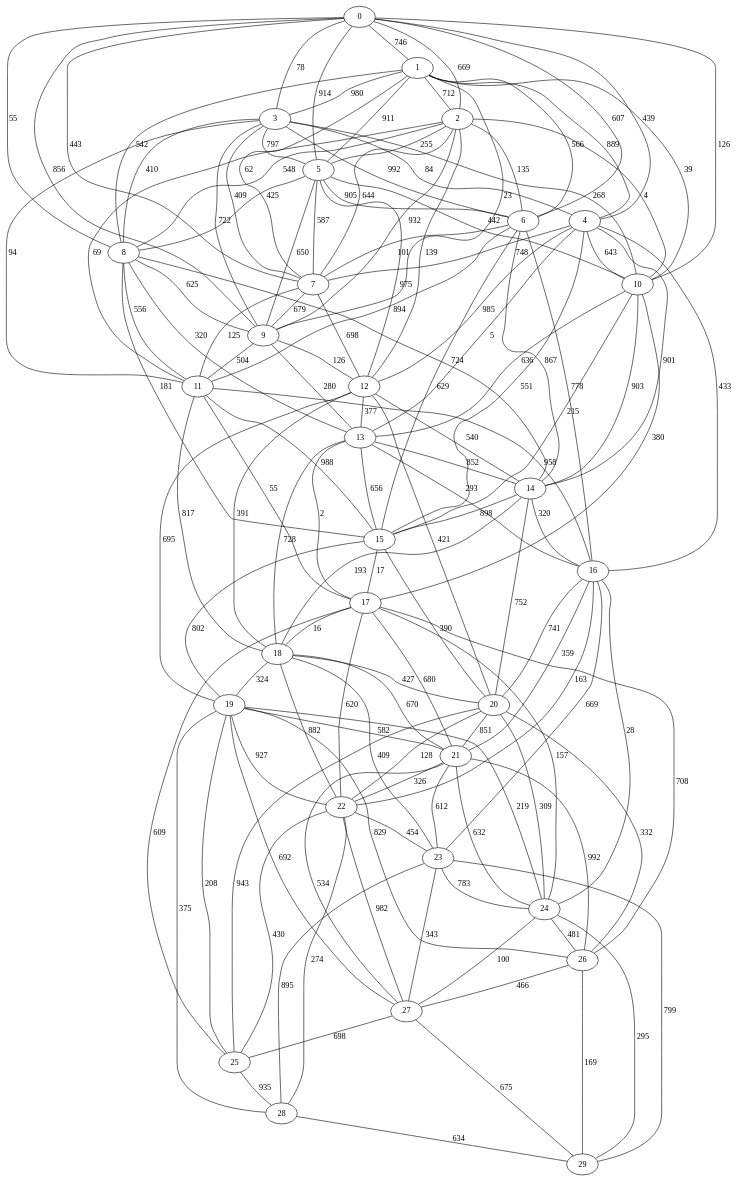
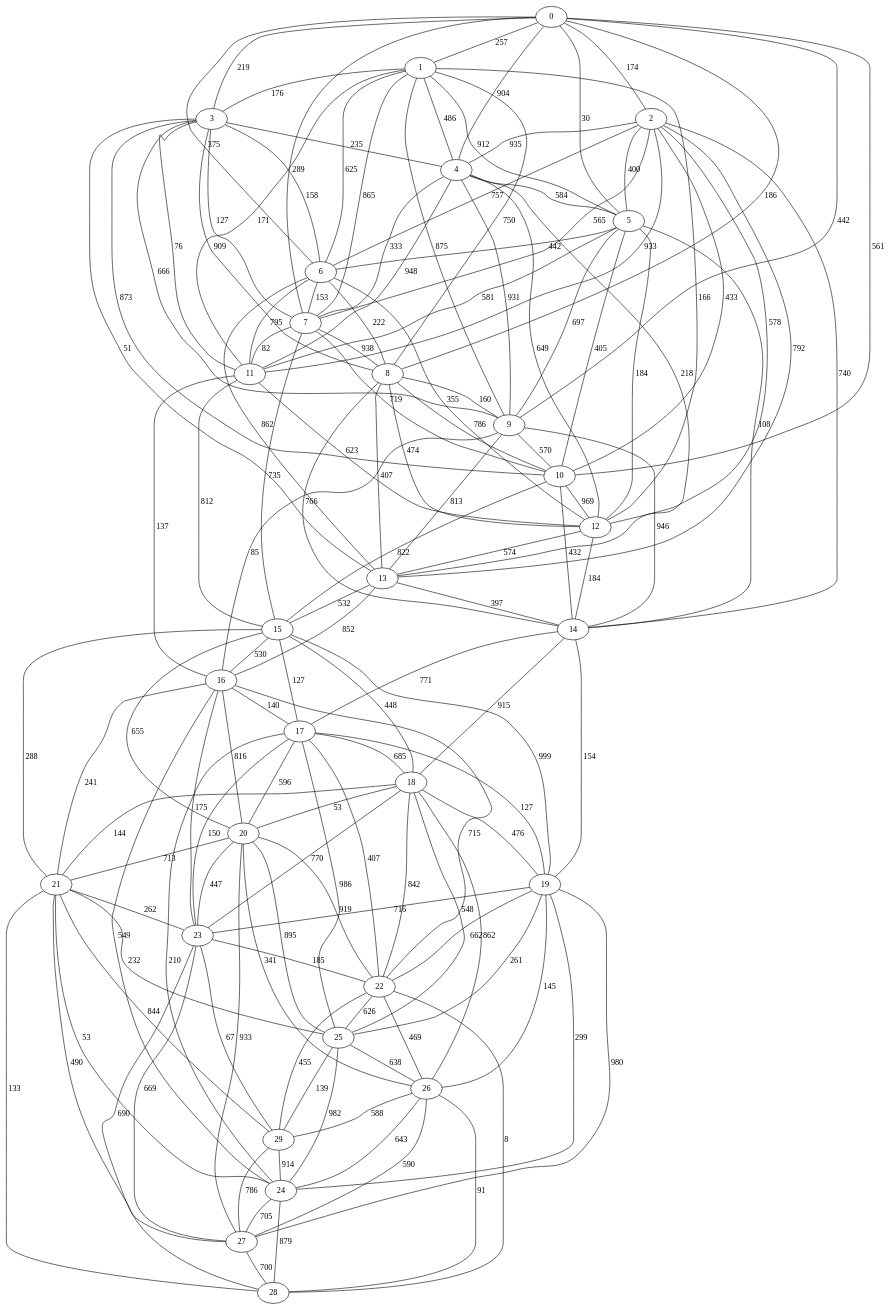
One commit to IngYordiDelgado/Proyecto_Grafos_DAA_4 changed the diagram in Archivos gv/Babarasi/grafo_babarasi_30_10.gv. Above: the diagram before and after it, drawn with Graphviz. The commit also changed 7 other files, not shown here.

```diff
--- a/Archivos gv/Babarasi/grafo_babarasi_30_10.gv
+++ b/Archivos gv/Babarasi/grafo_babarasi_30_10.gv
@@ -1,173 +1,177 @@
 strict graph G {
 0;
 1;
 2;
 3;
 4;
 5;
 6;
 7;
 8;
 9;
 10;
 11;
 12;
 13;
 14;
 15;
 16;
 17;
 18;
 19;
 20;
 21;
 22;
 23;
 24;
 25;
 26;
 27;
 28;
 29;
-19 -- 22  [label=927];
-14 -- 18  [label=193];
-23 -- 29  [label=799];
-3 -- 9  [label=722];
-18 -- 21  [label=670];
-11 -- 17  [label=55];
-22 -- 25  [label=430];
-6 -- 15  [label=629];
-0 -- 9  [label=856];
-18 -- 22  [label=882];
-10 -- 15  [label=215];
-16 -- 22  [label=163];
-24 -- 26  [label=407];
-23 -- 24  [label=783];
-1 -- 8  [label=542];
-19 -- 27  [label=692];
-2 -- 7  [label=644];
-2 -- 11  [label=69];
-5 -- 7  [label=587];
-0 -- 3  [label=78];
-2 -- 5  [label=255];
-26 -- 29  [label=169];
-12 -- 20  [label=421];
-19 -- 28  [label=375];
-1 -- 2  [label=712];
-1 -- 3  [label=980];
-0 -- 1  [label=746];
-0 -- 5  [label=914];
-11 -- 15  [label=988];
-19 -- 24  [label=219];
-8 -- 14  [label=724];
-3 -- 7  [label=409];
-6 -- 14  [label=867];
-19 -- 26  [label=829];
-13 -- 17  [label=2];
-4 -- 12  [label=985];
-28 -- 29  [label=981];
-21 -- 26  [label=992];
-22 -- 23  [label=454];
-24 -- 27  [label=100];
-11 -- 18  [label=817];
-3 -- 11  [label=94];
-3 -- 5  [label=797];
-18 -- 20  [label=427];
-14 -- 15  [label=898];
-15 -- 17  [label=17];
-15 -- 19  [label=802];
-1 -- 9  [label=23];
-0 -- 2  [label=669];
-20 -- 25  [label=943];
-4 -- 10  [label=643];
-13 -- 15  [label=656];
-8 -- 9  [label=625];
-4 -- 14  [label=901];
-28 -- 29  [label=634];
-19 -- 25  [label=208];
-0 -- 7  [label=443];
-11 -- 16  [label=958];
-2 -- 6  [label=135];
-6 -- 16  [label=778];
-0 -- 10  [label=126];
-9 -- 11  [label=504];
-8 -- 11  [label=556];
-21 -- 27  [label=534];
-5 -- 6  [label=905];
-9 -- 13  [label=280];
-20 -- 26  [label=332];
-8 -- 15  [label=181];
-23 -- 27  [label=343];
-18 -- 23  [label=409];
-13 -- 16  [label=293];
-17 -- 24  [label=157];
-20 -- 22  [label=128];
-25 -- 28  [label=935];
-12 -- 19  [label=695];
-16 -- 24  [label=28];
-3 -- 10  [label=268];
-24 -- 26  [label=481];
-14 -- 20  [label=752];
-8 -- 13  [label=320];
-6 -- 7  [label=101];
-2 -- 10  [label=4];
-3 -- 4  [label=84];
-0 -- 8  [label=55];
-15 -- 20  [label=390];
-27 -- 29  [label=675];
-21 -- 24  [label=632];
-13 -- 14  [label=852];
-1 -- 7  [label=62];
-5 -- 12  [label=975];
-12 -- 14  [label=540];
-23 -- 28  [label=895];
-5 -- 8  [label=425];
-13 -- 18  [label=728];
-5 -- 9  [label=650];
-22 -- 28  [label=274];
-1 -- 5  [label=911];
-1 -- 6  [label=566];
-6 -- 11  [label=894];
-17 -- 26  [label=708];
-12 -- 18  [label=391];
-2 -- 8  [label=548];
-4 -- 7  [label=748];
-2 -- 12  [label=139];
-3 -- 6  [label=992];
-17 -- 25  [label=609];
-0 -- 6  [label=607];
-10 -- 14  [label=903];
-24 -- 29  [label=295];
-19 -- 21  [label=582];
-26 -- 27  [label=466];
-4 -- 16  [label=433];
-7 -- 9  [label=679];
-20 -- 21  [label=851];
-10 -- 17  [label=380];
-18 -- 19  [label=324];
-5 -- 10  [label=442];
-22 -- 27  [label=982];
-7 -- 12  [label=698];
-21 -- 23  [label=612];
-12 -- 13  [label=377];
-4 -- 13  [label=5];
-3 -- 8  [label=410];
-2 -- 9  [label=932];
-17 -- 18  [label=16];
-16 -- 21  [label=359];
-16 -- 23  [label=669];
-17 -- 21  [label=680];
-0 -- 4  [label=439];
-17 -- 22  [label=620];
-16 -- 20  [label=741];
-21 -- 22  [label=326];
-4 -- 15  [label=551];
-9 -- 12  [label=126];
-27 -- 25  [label=698];
-1 -- 4  [label=889];
-14 -- 16  [label=320];
-7 -- 11  [label=125];
-1 -- 10  [label=39];
-20 -- 24  [label=309];
-10 -- 13  [label=636];
+0 -- 5  [label=30];
+6 -- 11  [label=795];
+15 -- 18  [label=448];
+17 -- 23  [label=150];
+1 -- 4  [label=486];
+4 -- 9  [label=931];
+23 -- 22  [label=185];
+12 -- 13  [label=574];
+7 -- 8  [label=938];
+22 -- 28  [label=8];
+9 -- 16  [label=85];
+13 -- 16  [label=852];
+13 -- 15  [label=532];
+15 -- 17  [label=127];
+18 -- 25  [label=548];
+23 -- 28  [label=690];
+24 -- 27  [label=705];
+17 -- 19  [label=127];
+0 -- 9  [label=442];
+6 -- 7  [label=153];
+1 -- 12  [label=166];
+3 -- 6  [label=158];
+16 -- 22  [label=715];
+17 -- 25  [label=986];
+2 -- 12  [label=578];
+26 -- 28  [label=91];
+11 -- 15  [label=812];
+10 -- 15  [label=822];
+26 -- 29  [label=513];
+17 -- 22  [label=407];
+18 -- 19  [label=476];
+6 -- 8  [label=222];
+2 -- 11  [label=933];
+25 -- 26  [label=638];
+0 -- 4  [label=904];
+11 -- 12  [label=623];
+12 -- 14  [label=184];
+25 -- 29  [label=139];
+19 -- 24  [label=299];
+7 -- 10  [label=719];
+21 -- 24  [label=53];
+1 -- 8  [label=750];
+8 -- 14  [label=766];
+11 -- 16  [label=137];
+19 -- 23  [label=716];
+21 -- 28  [label=133];
+26 -- 27  [label=590];
+14 -- 18  [label=915];
+8 -- 13  [label=407];
+13 -- 14  [label=397];
+10 -- 12  [label=969];
+3 -- 10  [label=873];
+0 -- 3  [label=219];
+28 -- 24  [label=879];
+0 -- 2  [label=174];
+16 -- 17  [label=140];
+16 -- 20  [label=816];
+4 -- 7  [label=333];
+0 -- 6  [label=375];
+4 -- 11  [label=948];
+9 -- 13  [label=813];
+15 -- 19  [label=999];
+3 -- 4  [label=235];
+20 -- 26  [label=341];
+1 -- 11  [label=171];
+17 -- 18  [label=685];
+23 -- 29  [label=67];
+17 -- 20  [label=596];
+8 -- 9  [label=160];
+4 -- 5  [label=584];
+4 -- 13  [label=218];
+22 -- 29  [label=455];
+2 -- 7  [label=565];
+16 -- 23  [label=175];
+14 -- 17  [label=771];
+10 -- 14  [label=432];
+19 -- 26  [label=145];
+15 -- 16  [label=530];
+18 -- 22  [label=842];
+3 -- 8  [label=909];
+20 -- 23  [label=447];
+2 -- 5  [label=400];
+18 -- 26  [label=862];
+23 -- 27  [label=669];
+26 -- 24  [label=643];
+4 -- 12  [label=649];
+22 -- 25  [label=626];
+5 -- 10  [label=405];
+19 -- 27  [label=980];
+21 -- 23  [label=262];
+2 -- 4  [label=935];
+21 -- 25  [label=232];
+7 -- 11  [label=82];
+2 -- 14  [label=740];
+2 -- 10  [label=433];
+3 -- 9  [label=666];
+5 -- 6  [label=442];
+24 -- 25  [label=982];
+9 -- 14  [label=946];
+0 -- 1  [label=257];
+16 -- 24  [label=549];
+5 -- 11  [label=581];
+14 -- 19  [label=154];
+18 -- 23  [label=770];
+8 -- 10  [label=786];
+19 -- 25  [label=261];
+20 -- 21  [label=713];
+20 -- 25  [label=895];
+5 -- 9  [label=697];
+18 -- 20  [label=53];
+22 -- 26  [label=469];
+21 -- 27  [label=490];
+2 -- 13  [label=792];
+15 -- 20  [label=655];
+1 -- 5  [label=912];
+1 -- 9  [label=875];
+6 -- 13  [label=862];
+6 -- 12  [label=355];
+7 -- 15  [label=735];
+15 -- 21  [label=288];
+27 -- 28  [label=700];
+1 -- 3  [label=176];
+0 -- 7  [label=289];
+2 -- 6  [label=757];
+29 -- 24  [label=914];
+0 -- 8  [label=186];
+1 -- 7  [label=865];
+1 -- 6  [label=625];
+18 -- 21  [label=144];
+5 -- 12  [label=184];
+26 -- 29  [label=588];
+5 -- 14  [label=108];
+29 -- 27  [label=786];
+0 -- 10  [label=561];
+20 -- 27  [label=933];
+21 -- 29  [label=844];
+8 -- 12  [label=474];
+9 -- 10  [label=570];
+3 -- 13  [label=51];
+3 -- 7  [label=127];
+3 -- 11  [label=76];
+16 -- 21  [label=241];
+20 -- 22  [label=919];
+17 -- 24  [label=210];
+19 -- 22  [label=662];
 }
```
